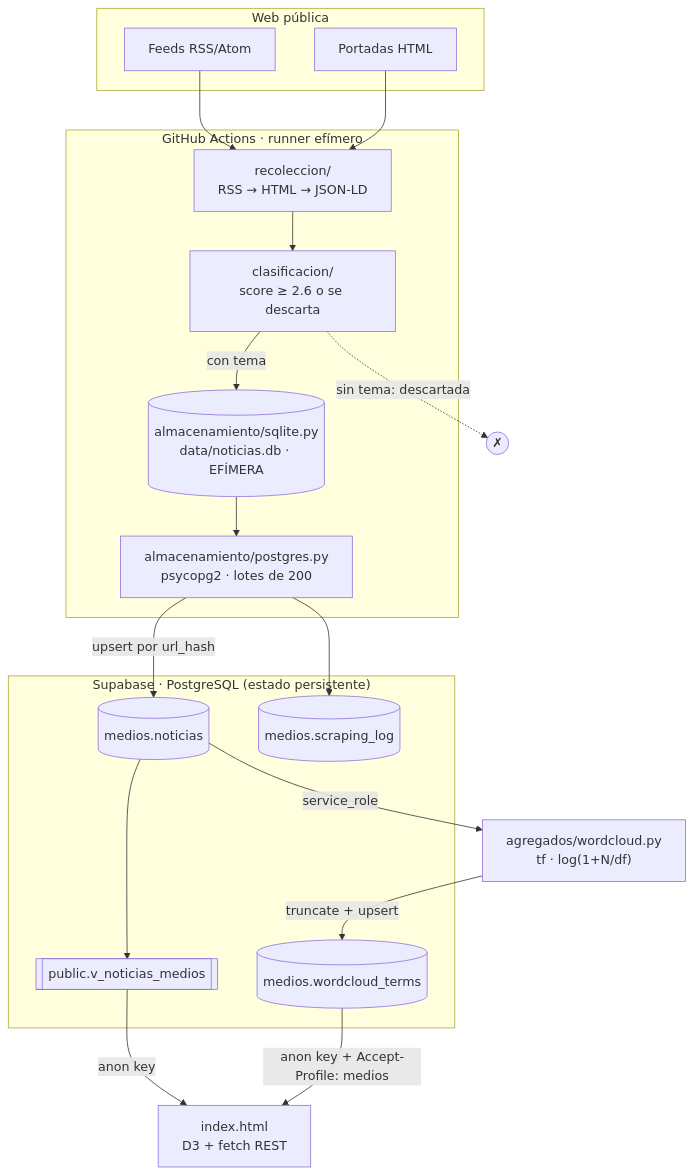
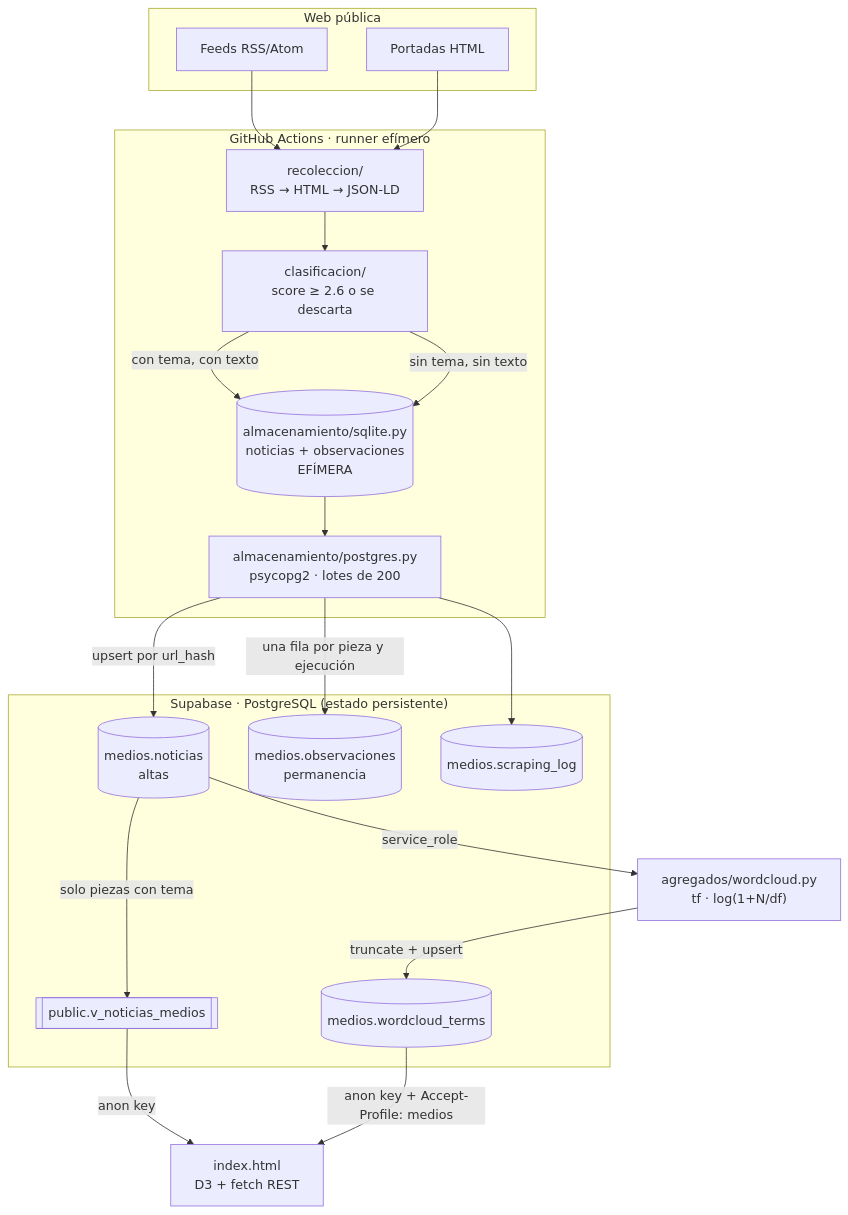
The second of 2 diagrams in ARQUITECTURA.md (Odesocan/medios-odesocan), drawn with Mermaid before and after one commit. The commit also changed other lines of this file and 18 other files, not shown here.

````diff
--- a/ARQUITECTURA.md
+++ b/ARQUITECTURA.md
@@ -154,38 +156,40 @@
 ```mermaid
 flowchart TD
     subgraph externo["Web pública"]
         RSS[Feeds RSS/Atom]
         HTML[Portadas HTML]
     end
 
     subgraph runner["GitHub Actions · runner efímero"]
         SCR["recoleccion/<br/>RSS → HTML → JSON-LD"]
         CLA["clasificacion/<br/>score ≥ 2.6 o se descarta"]
-        SQLITE[("almacenamiento/sqlite.py<br/>data/noticias.db · EFÍMERA")]
+        SQLITE[("almacenamiento/sqlite.py<br/>noticias + observaciones<br/>EFÍMERA")]
         LOAD["almacenamiento/postgres.py<br/>psycopg2 · lotes de 200"]
     end
 
     subgraph supa["Supabase · PostgreSQL (estado persistente)"]
-        NOT[("medios.noticias")]
+        NOT[("medios.noticias<br/>altas")]
+        OBS[("medios.observaciones<br/>permanencia")]
         LOG[("medios.scraping_log")]
         VIEW[["public.v_noticias_medios"]]
         WCT[("medios.wordcloud_terms")]
     end
 
     IDX["index.html<br/>D3 + fetch REST"]
     WCB["agregados/wordcloud.py<br/>tf · log(1+N/df)"]
 
     RSS --> SCR
     HTML --> SCR
     SCR --> CLA
-    CLA -->|con tema| SQLITE
-    CLA -.sin tema: descartada.-> X((✗))
+    CLA -->|con tema, con texto| SQLITE
+    CLA -->|sin tema, sin texto| SQLITE
     SQLITE --> LOAD
     LOAD -->|upsert por url_hash| NOT
+    LOAD -->|una fila por pieza y ejecución| OBS
     LOAD --> LOG
-    NOT --> VIEW
+    NOT -->|solo piezas con tema| VIEW
     NOT -->|service_role| WCB
     WCB -->|truncate + upsert| WCT
     VIEW -->|anon key| IDX
     WCT -->|anon key + Accept-Profile: medios| IDX
 ```
````
